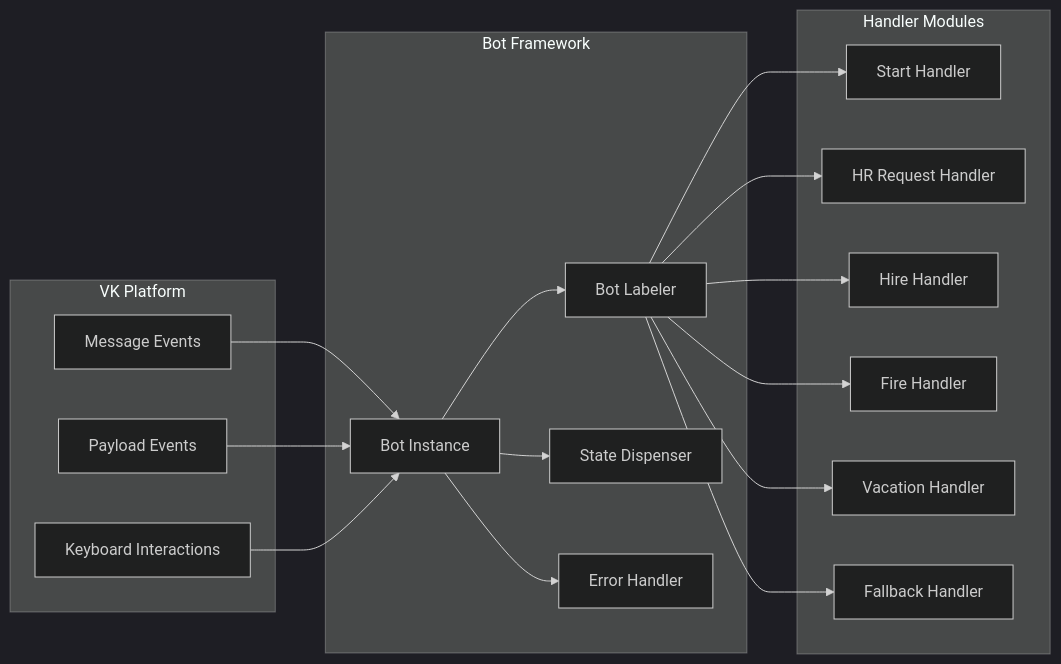
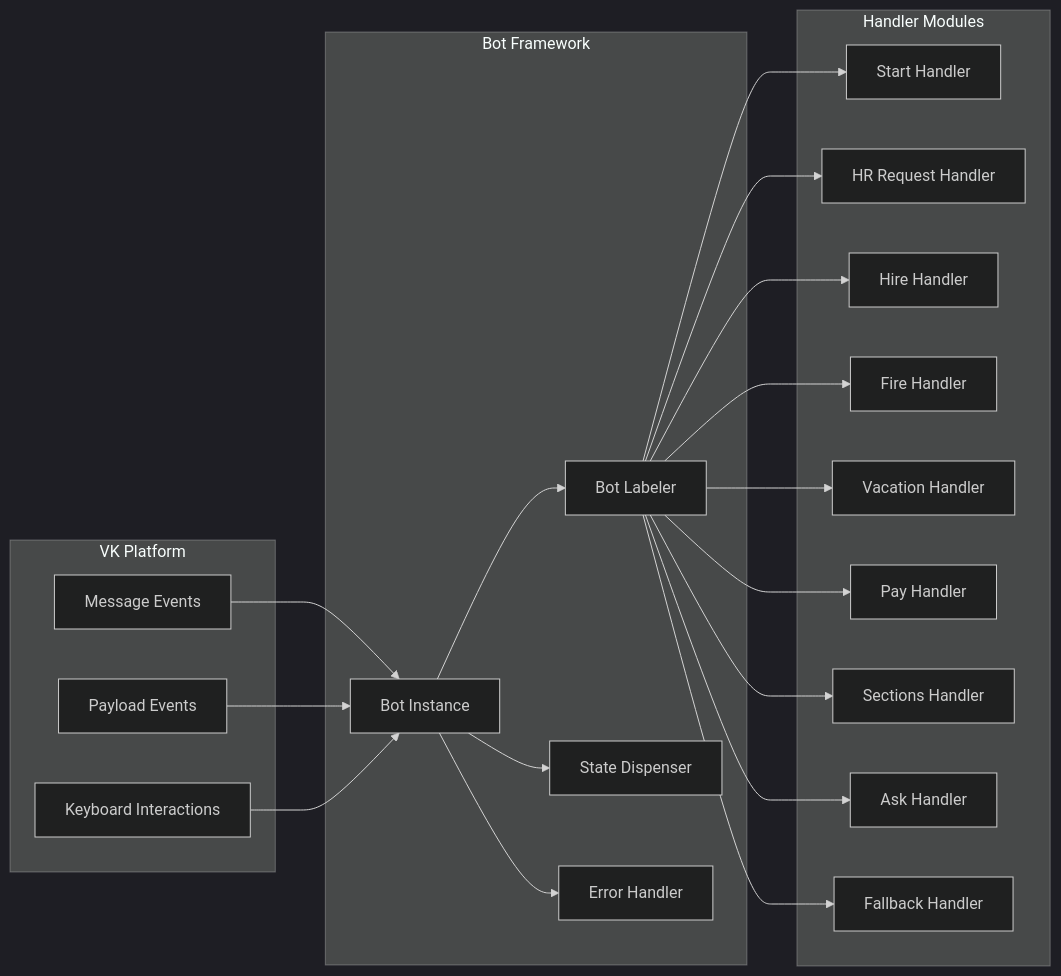
The sixth of 12 diagrams in .qoder/repowiki/en/content/VK Integration/HR Request Processing System.md (ognelis/cafetera_hr_bot), drawn with Mermaid (dark theme) before and after one commit. The commit also changed other lines of this file and 8 other files, not shown here.

````diff
--- a/.qoder/repowiki/en/content/VK Integration/HR Request Processing System.md
+++ b/.qoder/repowiki/en/content/VK Integration/HR Request Processing System.md
@@ -325,34 +340,40 @@
 ```mermaid
 graph LR
 subgraph "VK Platform"
 Messages[Message Events]
 Payloads[Payload Events]
 Keyboards[Keyboard Interactions]
 end
 subgraph "Bot Framework"
 BotInstance[Bot Instance]
 Labeler[Bot Labeler]
 StateDispenser[State Dispenser]
 ErrorHandler[Error Handler]
 end
 subgraph "Handler Modules"
 StartHandler[Start Handler]
 HRHandler[HR Request Handler]
 HireHandler[Hire Handler]
 FireHandler[Fire Handler]
 VacationHandler[Vacation Handler]
+PayHandler[Pay Handler]
+SectionsHandler[Sections Handler]
+AskHandler[Ask Handler]
 FallbackHandler[Fallback Handler]
 end
 Messages --> BotInstance
 Payloads --> BotInstance
 Keyboards --> BotInstance
 BotInstance --> Labeler
 Labeler --> StartHandler
 Labeler --> HRHandler
+Labeler --> AskHandler
 Labeler --> HireHandler
 Labeler --> FireHandler
 Labeler --> VacationHandler
+Labeler --> PayHandler
+Labeler --> SectionsHandler
 Labeler --> FallbackHandler
 BotInstance --> StateDispenser
 BotInstance --> ErrorHandler
 ```
````
